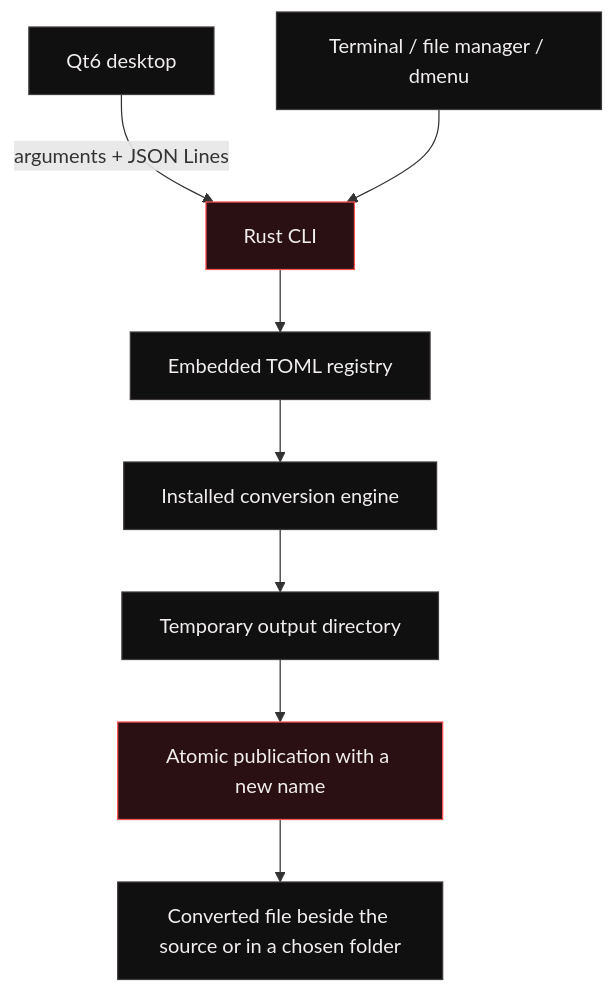
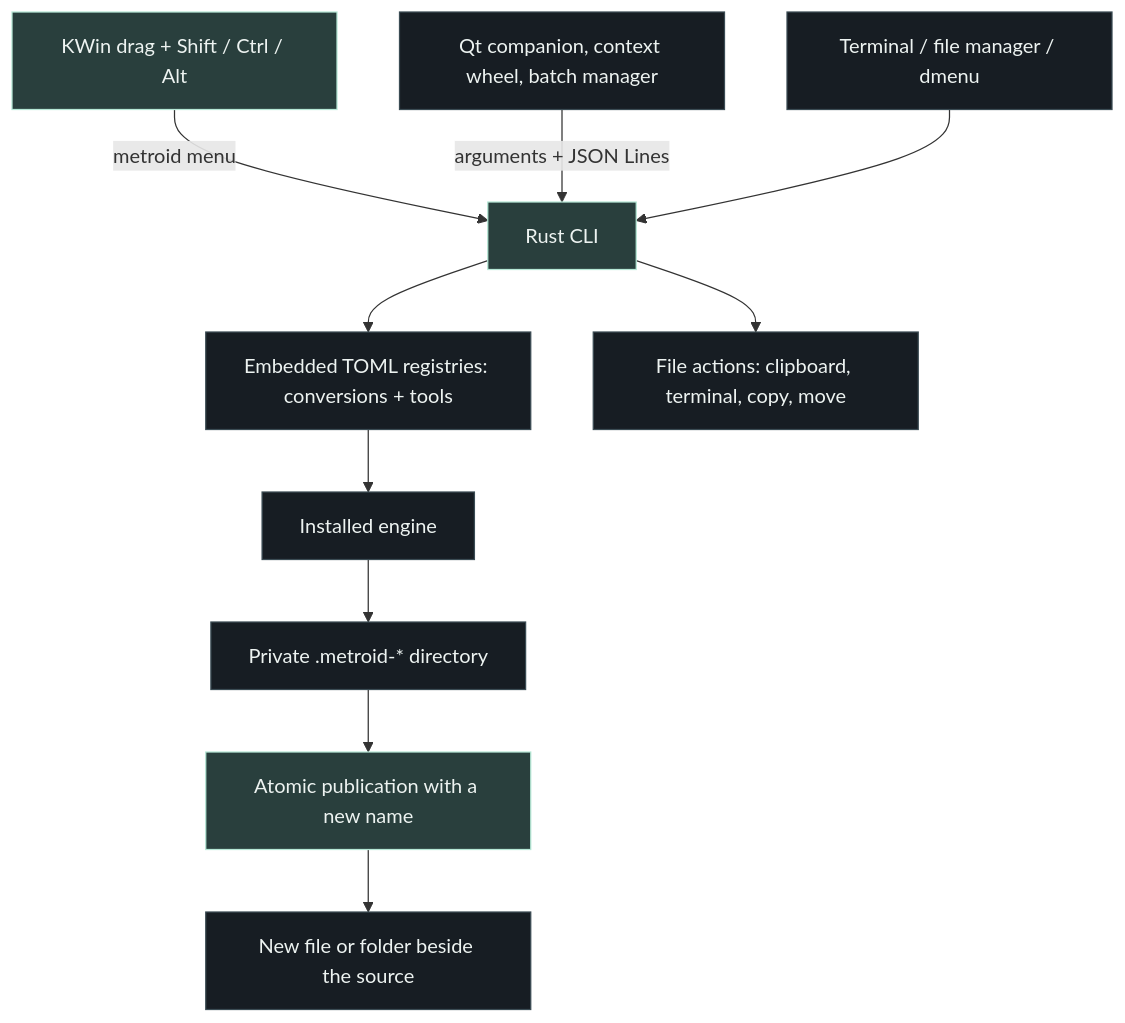
The diagram in docs/ARCHITECTURE.md (Chaos-Tic/Lorenz), drawn with Mermaid before and after one commit. The commit also changed other lines of this file and 24 other files, not shown here.

````diff
--- a/docs/ARCHITECTURE.md
+++ b/docs/ARCHITECTURE.md
@@ -9,14 +9,16 @@
 ```mermaid
 flowchart TD
-    UI[Qt6 desktop] -->|arguments + JSON Lines| CLI[Rust CLI]
+    KWin[KWin drag + Shift / Ctrl / Alt] -->|metroid menu| CLI[Rust CLI]
+    UI[Qt companion, context wheel, batch manager] -->|arguments + JSON Lines| CLI
     Shell[Terminal / file manager / dmenu] --> CLI
-    CLI --> Registry[Embedded TOML registry]
-    Registry --> Engine[Installed conversion engine]
-    Engine --> Temp[Temporary output directory]
+    CLI --> Registry[Embedded TOML registries: conversions + tools]
+    CLI --> Actions[File actions: clipboard, terminal, copy, move]
+    Registry --> Engine[Installed engine]
+    Engine --> Temp[Private .metroid-* directory]
     Temp --> Publish[Atomic publication with a new name]
-    Publish --> Result[Converted file beside the source or in a chosen folder]
-    classDef base fill:#101010,stroke:#413b3b,color:#f2eeee
-    classDef accent fill:#2a1013,stroke:#ff5454,color:#f2eeee
-    class UI,Shell,Registry,Engine,Temp,Result base
-    class CLI,Publish accent
+    Publish --> Result[New file or folder beside the source]
+    classDef base fill:#171d23,stroke:#3b4c54,color:#edf3f1
+    classDef accent fill:#293f3d,stroke:#b6e8d6,color:#edf3f1
+    class UI,Shell,Registry,Engine,Temp,Result,Actions base
+    class KWin,CLI,Publish accent
 ```
````
